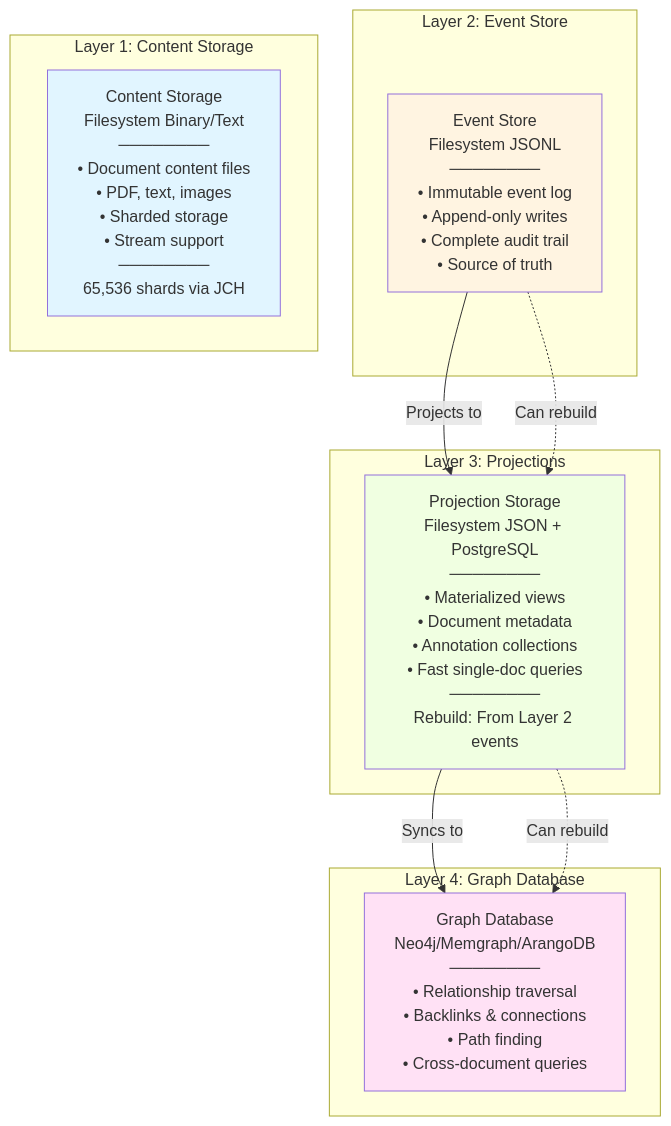
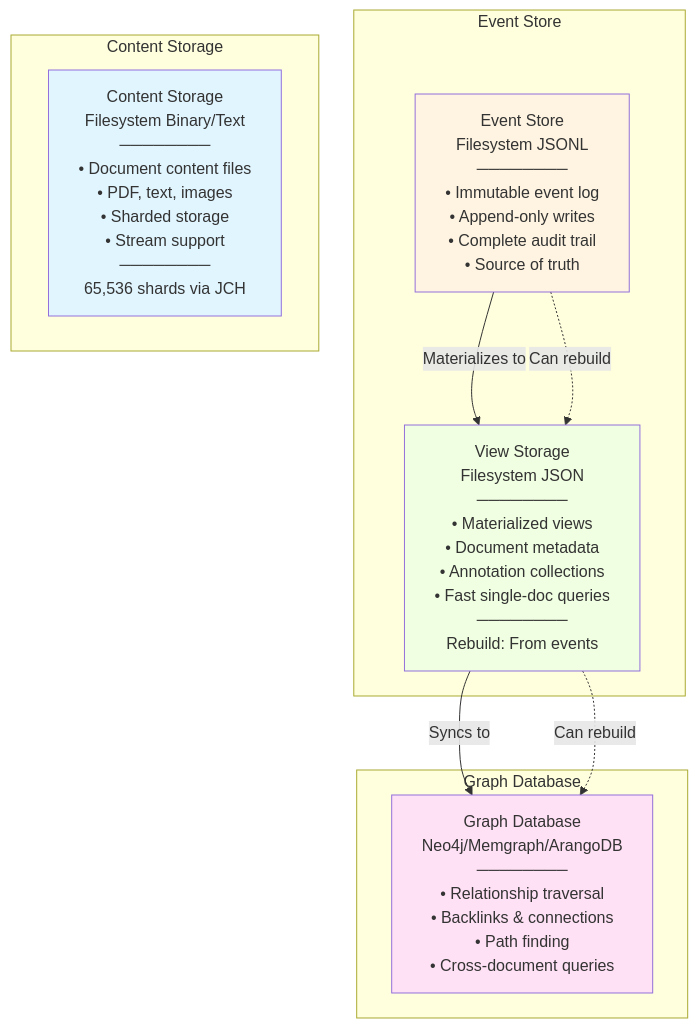
The diagram in apps/backend/docs/W3C-WEB-ANNOTATION.md (The-AI-Alliance/semiont), drawn with Mermaid before and after one commit. The commit also changed other lines of this file and 63 other files, not shown here.

First line of the commit message:
materialize views (vs project projections) (#300)

````diff
--- a/apps/backend/docs/W3C-WEB-ANNOTATION.md
+++ b/apps/backend/docs/W3C-WEB-ANNOTATION.md
@@ -60,33 +51,25 @@
 ```mermaid
 graph TB
-    subgraph "Layer 4: Graph Database"
+    subgraph "Graph Database"
         Graph[Graph Database<br/>Neo4j/Memgraph/ArangoDB<br/>────────<br/>• Relationship traversal<br/>• Backlinks & connections<br/>• Path finding<br/>• Cross-document queries]
     end
 
-    subgraph "Layer 3: Projections"
-        Projections[Projection Storage<br/>Filesystem JSON + PostgreSQL<br/>────────<br/>• Materialized views<br/>• Document metadata<br/>• Annotation collections<br/>• Fast single-doc queries<br/>────────<br/>Rebuild: From Layer 2 events]
+    subgraph "Event Store"
+        EventStore[Event Store<br/>Filesystem JSONL<br/>────────<br/>• Immutable event log<br/>• Append-only writes<br/>• Complete audit trail<br/>• Source of truth]
+        Views[View Storage<br/>Filesystem JSON<br/>────────<br/>• Materialized views<br/>• Document metadata<br/>• Annotation collections<br/>• Fast single-doc queries<br/>────────<br/>Rebuild: From events]
     end
 
-    subgraph "Layer 2: Event Store"
-        EventStore[Event Store<br/>Filesystem JSONL<br/>────────<br/>• Immutable event log<br/>• Append-only writes<br/>• Complete audit trail<br/>• Source of truth]
-    end
-
-    subgraph "Layer 1: Content Storage"
+    subgraph "Content Storage"
         Content[Content Storage<br/>Filesystem Binary/Text<br/>────────<br/>• Document content files<br/>• PDF, text, images<br/>• Sharded storage<br/>• Stream support<br/>────────<br/>65,536 shards via JCH]
     end
 
-    EventStore -->|Projects to| Projections
-    Projections -->|Syncs to| Graph
-    EventStore -.->|Can rebuild| Projections
-    Projections -.->|Can rebuild| Graph
+    EventStore -->|Materializes to| Views
+    Views -->|Syncs to| Graph
+    EventStore -.->|Can rebuild| Views
+    Views -.->|Can rebuild| Graph
 
     style Content fill:#e1f5ff
     style EventStore fill:#fff4e1
-    style Projections fill:#f0ffe1
+    style Views fill:#f0ffe1
     style Graph fill:#ffe1f5
-
-    classDef layer1 fill:#e1f5ff
-    classDef layer2 fill:#fff4e1
-    classDef layer3 fill:#f0ffe1
-    classDef layer4 fill:#ffe1f5
 ```
````
